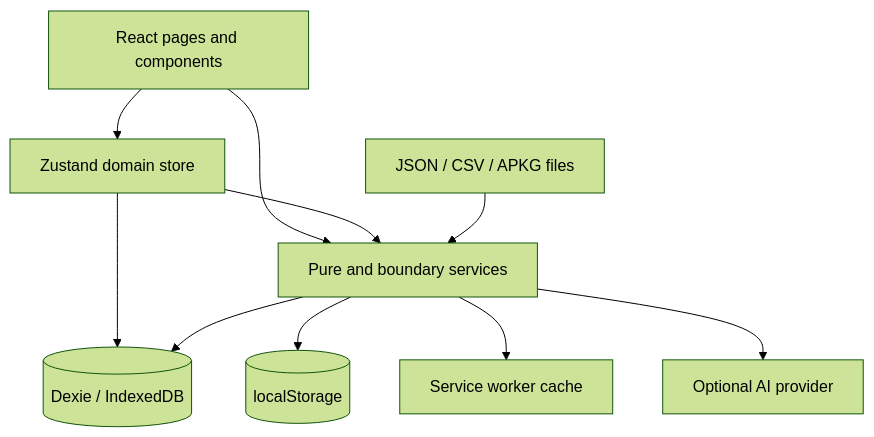
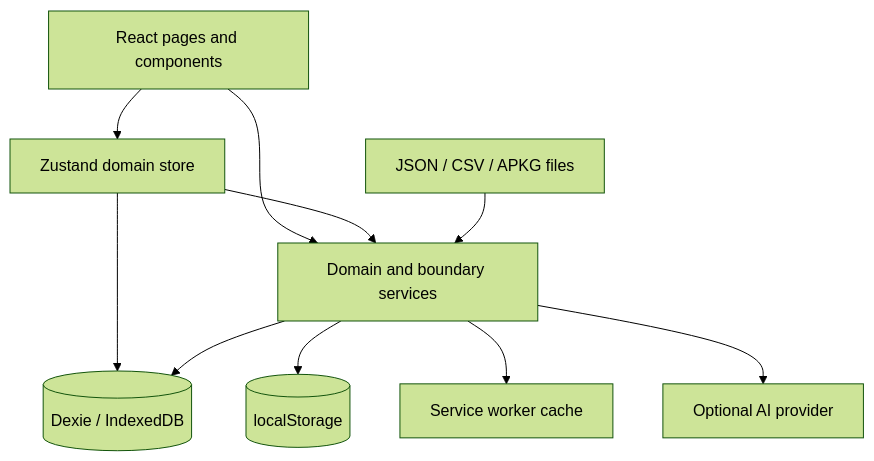
The diagram in ARCHITECTURE.md (Dingding-leo/Denki), drawn with Mermaid (forest theme) before and after one commit. The commit also changed other lines of this file, not shown here.

Commit message:
docs: align architecture with schema v6 and backup v5

````diff
--- a/ARCHITECTURE.md
+++ b/ARCHITECTURE.md
@@ -13,21 +11,21 @@
 ```mermaid
 flowchart TD
   UI[React pages and components]
   STORE[Zustand domain store]
-  SERVICES[Pure and boundary services]
+  SERVICES[Domain and boundary services]
   DB[(Dexie / IndexedDB)]
   LS[(localStorage)]
   SW[Service worker cache]
   AI[Optional AI provider]
   FILES[JSON / CSV / APKG files]
 
   UI --> STORE
   UI --> SERVICES
   STORE --> SERVICES
   STORE --> DB
   SERVICES --> DB
   SERVICES --> LS
   SERVICES --> SW
   SERVICES --> AI
   FILES --> SERVICES
 ```
````
